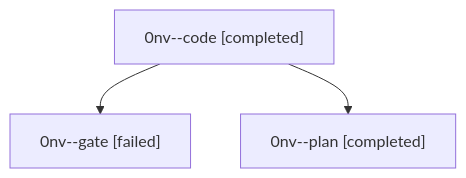
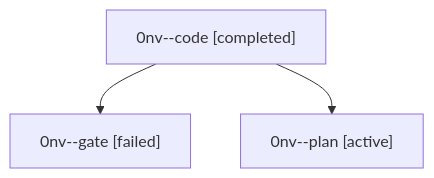
The diagram in families/bbugyi200.athena.0nv.md (sase-org/sase--agents), drawn with Mermaid before and after one commit. The commit also changed other lines of this file and 35830 other files, not shown here.

````diff
--- a/families/bbugyi200.athena.0nv.md
+++ b/families/bbugyi200.athena.0nv.md
@@ -9,8 +9,8 @@
 ```mermaid
 flowchart TD
   n0["0nv--code [completed]"]
   n1["0nv--gate [failed]"]
   n0 --> n1
-  n2["0nv--plan [completed]"]
+  n2["0nv--plan [active]"]
   n0 --> n2
 ```
````
